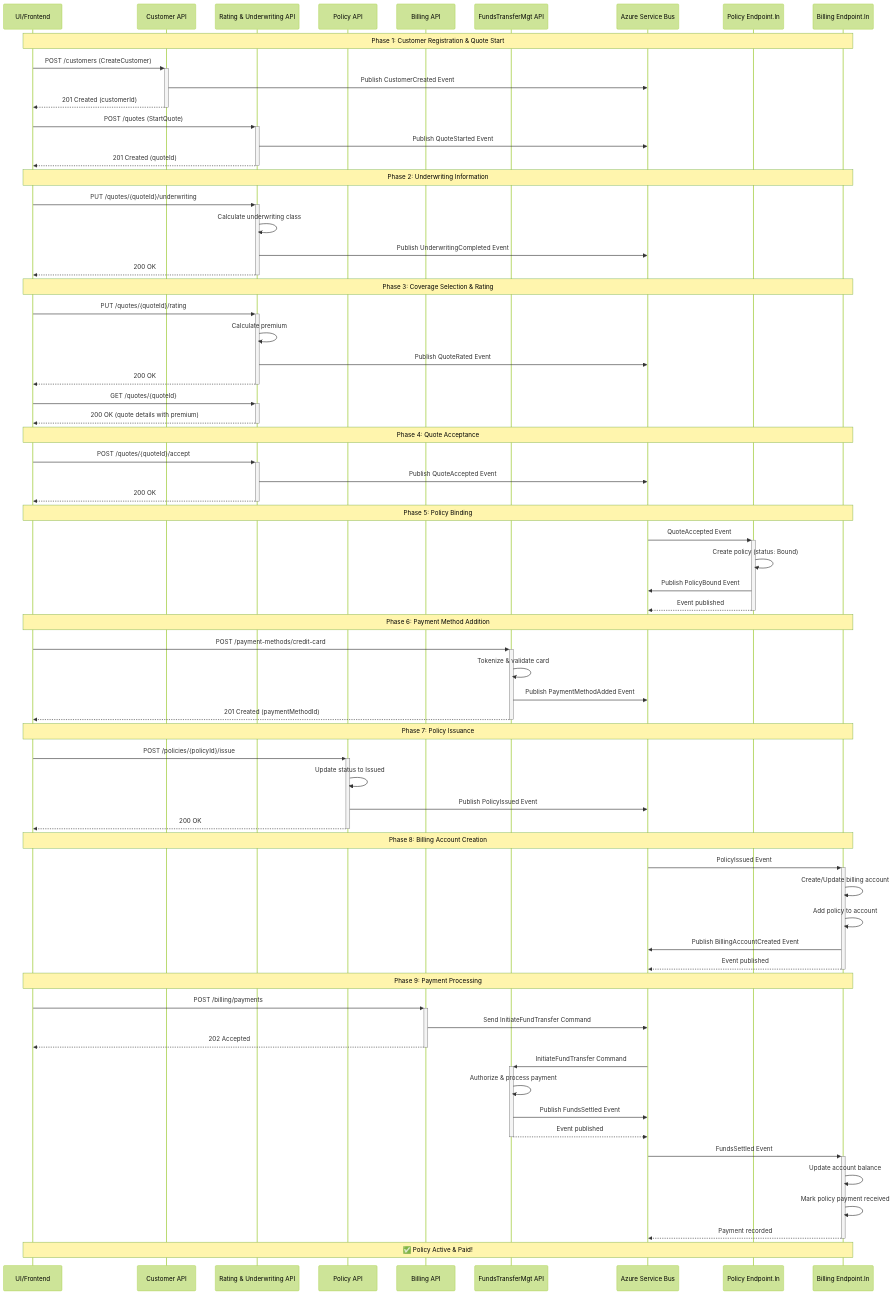
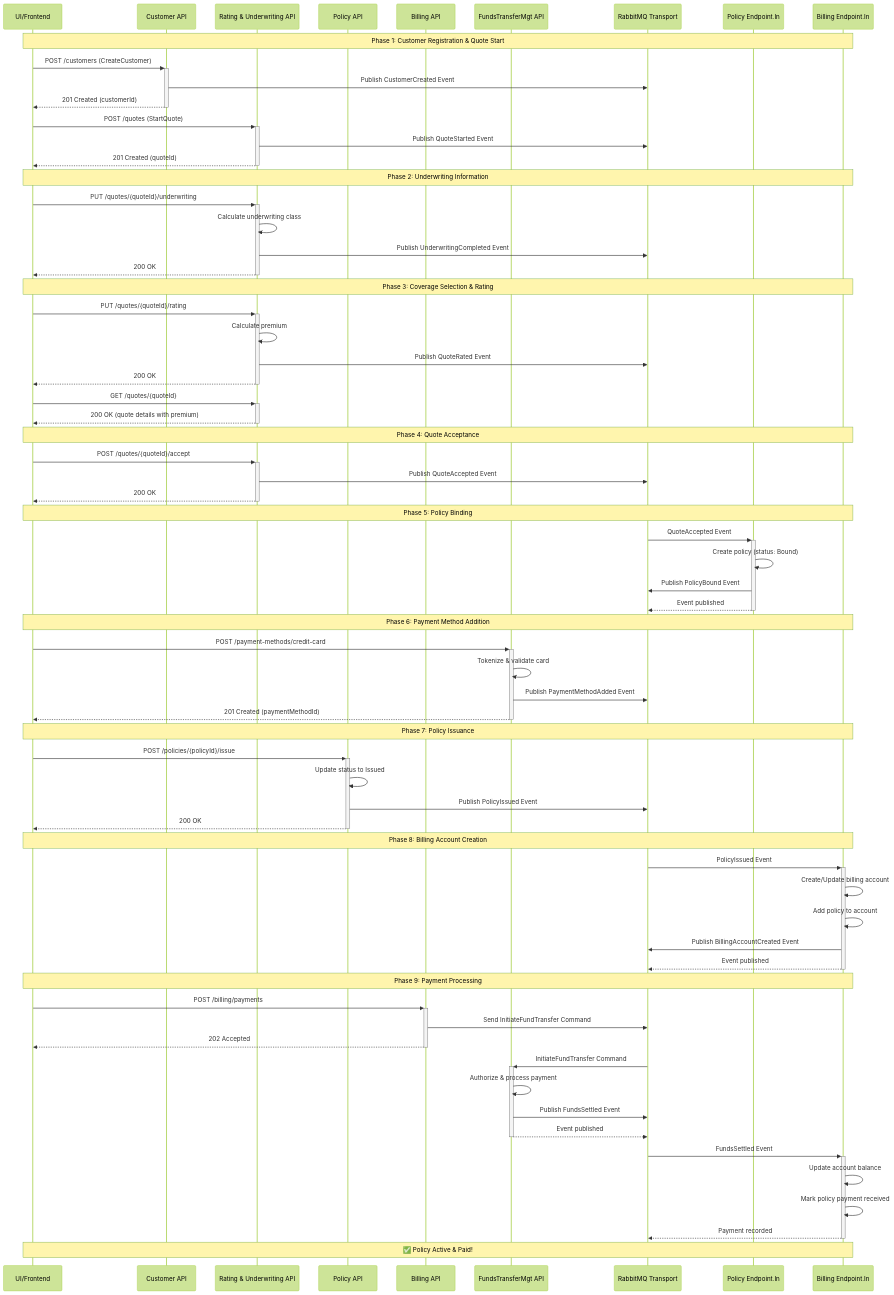
One commit to AIS-Commercial-Business-Unit/RiskInsure changed the diagram in docs/quote-to-bind-flow.md. Above: the diagram before and after it, drawn with Mermaid (forest theme). The commit also changed other lines of this file and 19 other files, not shown here.

```diff
--- a/docs/quote-to-bind-flow.md
+++ b/docs/quote-to-bind-flow.md
@@ -22,7 +22,7 @@
     participant PolicyAPI as Policy API
     participant BillingAPI as Billing API
     participant FundsAPI as FundsTransferMgt API
-    participant ServiceBus as Azure Service Bus
+    participant ServiceBus as RabbitMQ Transport
     participant PolicyEndpoint as Policy Endpoint.In
     participant BillingEndpoint as Billing Endpoint.In
 
```
